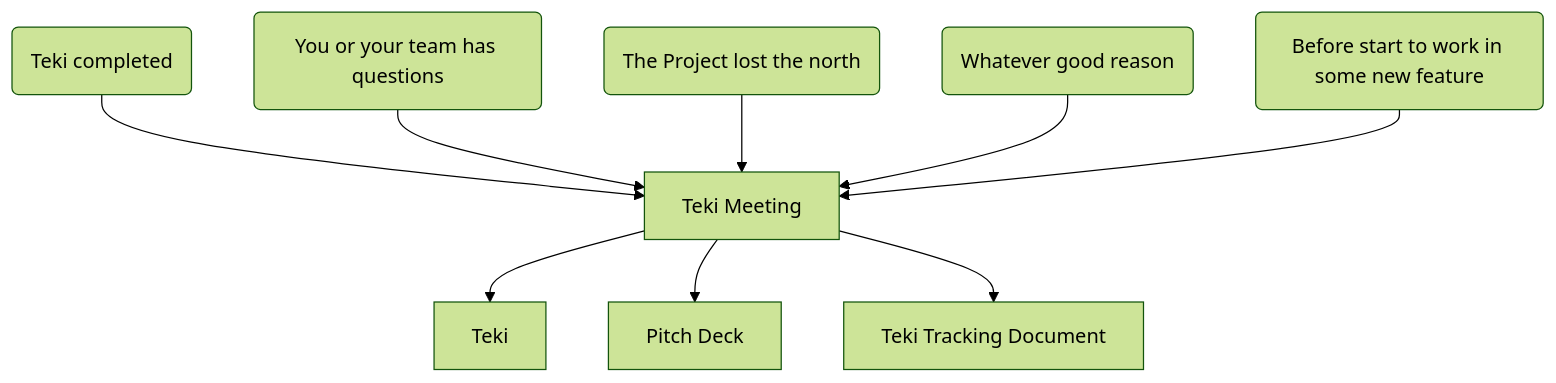
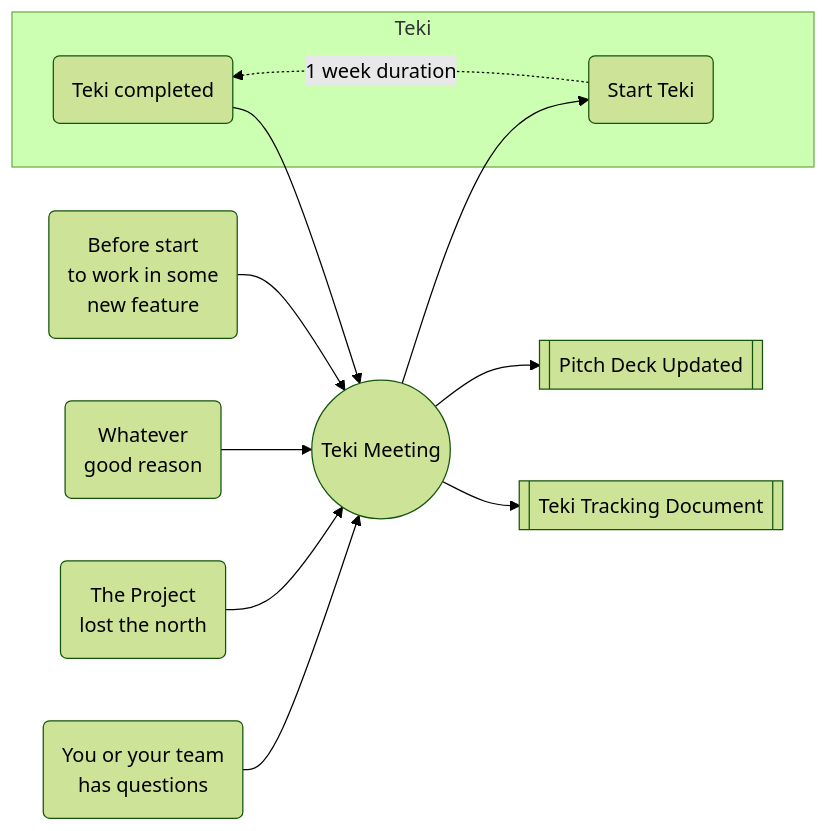
Before and after one commit to soygcm/teki: the diagram in README.md, drawn with Mermaid (forest theme). The commit also changed other lines of this file and 1 other file, not shown here.

````diff
--- a/README.md
+++ b/README.md
@@ -47,11 +51,17 @@
 ```mermaid
-  graph TD;
-      week(Teki completed)-->teki_meeting[Teki Meeting];
-      question(You or your team has questions)-->teki_meeting[Teki Meeting];
-      lost_the_north(The Project lost the north)-->teki_meeting[Teki Meeting];
-      other(Whatever good reason)-->teki_meeting[Teki Meeting];
-      before_start(Before start to work in some new feature)-->teki_meeting[Teki Meeting];
-      teki_meeting[Teki Meeting]-->Teki
-      teki_meeting[Teki Meeting]-->pd[Pitch Deck]
-      teki_meeting[Teki Meeting]-->progress_doc[Teki Tracking Document]
+  graph LR
+    week(Teki completed)-->teki_meeting((Teki Meeting))
+    question(You or your team </br> has questions)-->teki_meeting
+    lost_the_north(The Project </br> lost the north)-->teki_meeting
+    other(Whatever </br> good reason)-->teki_meeting
+    before_start(Before start </br> to work in some </br> new feature)-->teki_meeting
+    
+    teki_meeting-->pd[[Pitch Deck Updated]]
+    teki_meeting-->progress_doc[[Teki Tracking Document]]
+    teki_meeting-->start_teki(Start Teki)
+
+    subgraph Teki
+        start_teki -.-> |1 week duration| week
+    end
+
 ```
````
